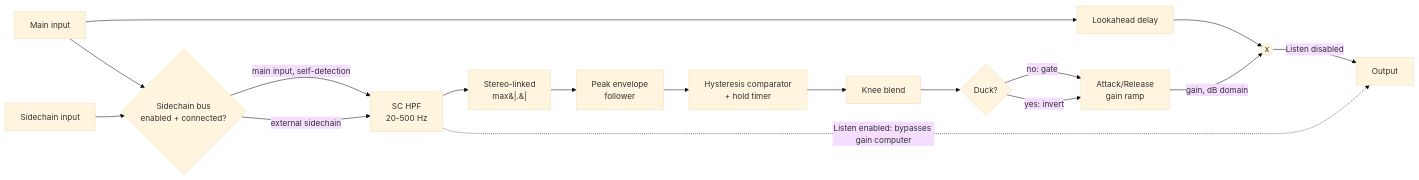
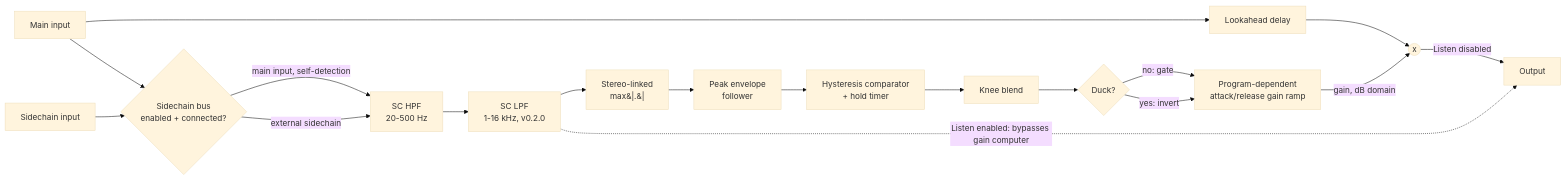
The diagram in docs/architecture.md (metal-up-your-ass/Silentium), drawn with Mermaid (base theme) before and after one commit. The commit also changed other lines of this file and 39 other files, not shown here.

````diff
--- a/docs/architecture.md
+++ b/docs/architecture.md
@@ -5,19 +5,20 @@
 ```mermaid
 flowchart LR
     IN[Main input] --> LOOKAHEAD[Lookahead delay]
     IN --> DETSRC{Sidechain bus<br/>enabled + connected?}
     SC[Sidechain input] --> DETSRC
     DETSRC -->|main input, self-detection| SCHPF[SC HPF<br/>20-500 Hz]
     DETSRC -->|external sidechain| SCHPF
-    SCHPF --> LINK[Stereo-linked<br/>max&#124;.&#124;]
+    SCHPF --> SCLPF[SC LPF<br/>1-16 kHz, v0.2.0]
+    SCLPF --> LINK[Stereo-linked<br/>max&#124;.&#124;]
     LINK --> ENV[Peak envelope<br/>follower]
     ENV --> GATE[Hysteresis comparator<br/>+ hold timer]
     GATE --> KNEE[Knee blend]
     KNEE --> DUCK{Duck?}
-    DUCK -->|no: gate| RAMP[Attack/Release<br/>gain ramp]
+    DUCK -->|no: gate| RAMP[Program-dependent<br/>attack/release gain ramp]
     DUCK -->|yes: invert| RAMP
     RAMP -->|gain, dB domain| MULT((x))
     LOOKAHEAD --> MULT
-    SCHPF -.->|Listen enabled: bypasses gain computer| OUT[Output]
+    SCLPF -.->|Listen enabled: bypasses gain computer| OUT[Output]
     MULT -->|Listen disabled| OUT
 ```
````
